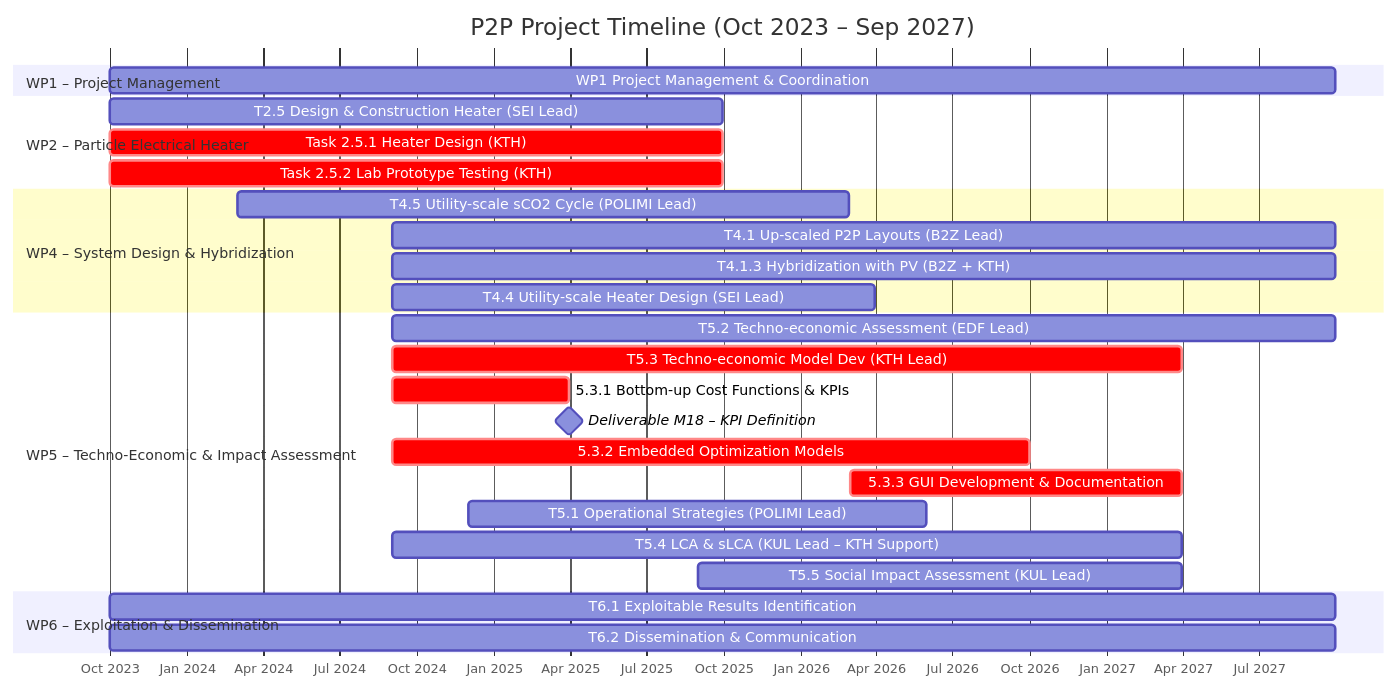
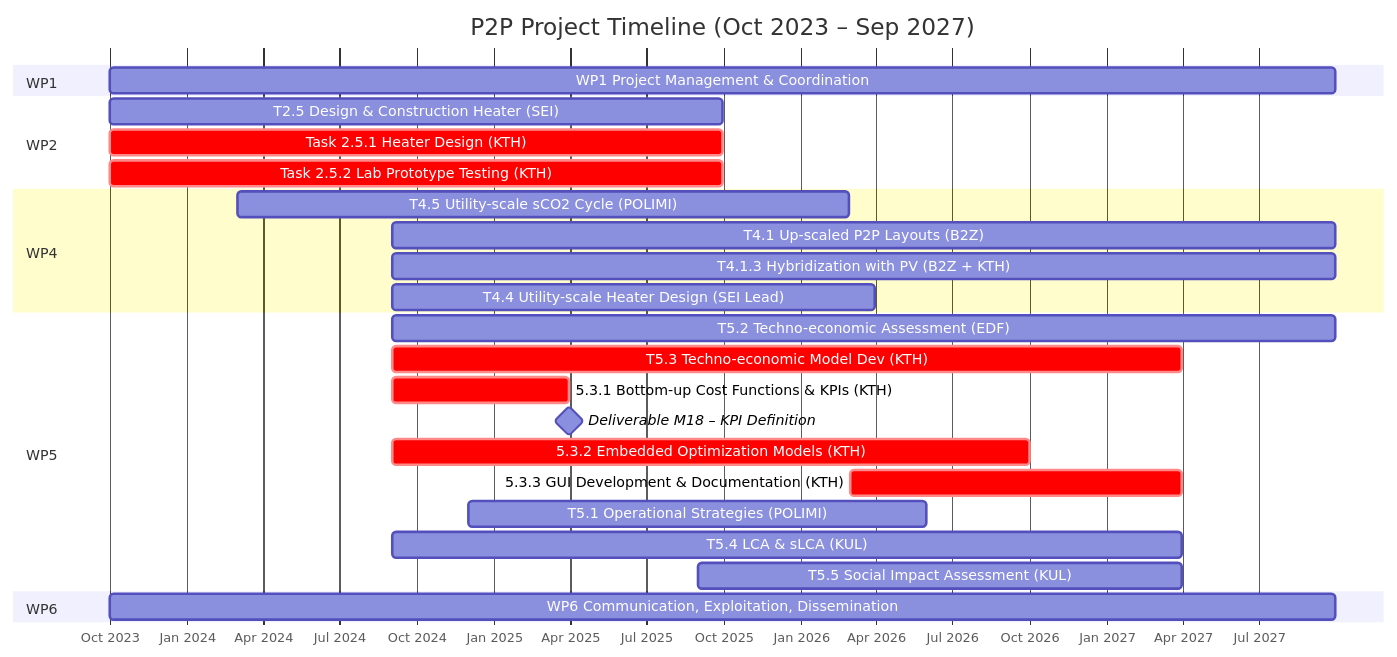
One commit to sarabjorkegren/Diverse changed the diagram in README.md. Above: the diagram before and after it, drawn with Mermaid. The commit also changed other lines of this file, not shown here.

Commit message:
Refactor sections and task names in README

````diff
--- a/README.md
+++ b/README.md
@@ -2,40 +2,40 @@
 ```mermaid
 gantt
     title P2P Project Timeline (Oct 2023 – Sep 2027)
     dateFormat  YYYY-MM-DD
     axisFormat  %b %Y
 
     %% =========================
-    section WP1 – Project Management
+    section WP1 
     WP1 Project Management & Coordination :wp1, 2023-10-01, 2027-09-30
 
     %% =========================
-    section WP2 – Particle Electrical Heater
-    T2.5 Design & Construction Heater (SEI Lead) :wp2a, 2023-10-01, 2025-09-30
+    section WP2 
+    T2.5 Design & Construction Heater (SEI) :wp2a, 2023-10-01, 2025-09-30
     Task 2.5.1 Heater Design (KTH) :crit, wp2b, 2023-10-01, 2025-09-30
     Task 2.5.2 Lab Prototype Testing (KTH) :crit, wp2c, 2023-10-01, 2025-09-30
 
     %% =========================
-    section WP4 – System Design & Hybridization
-    T4.5 Utility-scale sCO2 Cycle (POLIMI Lead) :wp4a, 2024-03-01, 2026-02-28
-    T4.1 Up-scaled P2P Layouts (B2Z Lead) :wp4b, 2024-09-01, 2027-09-30
+    section WP4 
+    T4.5 Utility-scale sCO2 Cycle (POLIMI) :wp4a, 2024-03-01, 2026-02-28
+    T4.1 Up-scaled P2P Layouts (B2Z) :wp4b, 2024-09-01, 2027-09-30
     T4.1.3 Hybridization with PV (B2Z + KTH) :wp4c, 2024-09-01, 2027-09-30
     T4.4 Utility-scale Heater Design (SEI Lead) :wp4d, 2024-09-01, 2026-03-31
 
     %% =========================
-    section WP5 – Techno-Economic & Impact Assessment
-    T5.2 Techno-economic Assessment (EDF Lead) :wp5a, 2024-09-01, 2027-09-30
-    T5.3 Techno-economic Model Dev (KTH Lead) :crit, wp5b, 2024-09-01, 2027-03-31
-    5.3.1 Bottom-up Cost Functions & KPIs :crit, wp5c, 2024-09-01, 2025-03-31
+    section WP5 
+    T5.2 Techno-economic Assessment (EDF) :wp5a, 2024-09-01, 2027-09-30
+    T5.3 Techno-economic Model Dev (KTH) :crit, wp5b, 2024-09-01, 2027-03-31
+    5.3.1 Bottom-up Cost Functions & KPIs (KTH) :crit, wp5c, 2024-09-01, 2025-03-31
     Deliverable M18 – KPI Definition :milestone, m18, 2025-03-31, 0d
-    5.3.2 Embedded Optimization Models :crit, wp5d, 2024-09-01, 2026-09-30
-    5.3.3 GUI Development & Documentation :crit, wp5e, 2026-03-01, 2027-03-31
-    T5.1 Operational Strategies (POLIMI Lead) :wp5f, 2024-12-01, 2026-05-31
-    T5.4 LCA & sLCA (KUL Lead – KTH Support) :wp5g, 2024-09-01, 2027-03-31
-    T5.5 Social Impact Assessment (KUL Lead) :wp5h, 2025-09-01, 2027-03-31
+    5.3.2 Embedded Optimization Models (KTH) :crit, wp5d, 2024-09-01, 2026-09-30
+    5.3.3 GUI Development & Documentation (KTH) :crit, wp5e, 2026-03-01, 2027-03-31
+    T5.1 Operational Strategies (POLIMI) :wp5f, 2024-12-01, 2026-05-31
+    T5.4 LCA & sLCA (KUL) :wp5g, 2024-09-01, 2027-03-31
+    T5.5 Social Impact Assessment (KUL) :wp5h, 2025-09-01, 2027-03-31
 
     %% =========================
-    section WP6 – Exploitation & Dissemination
-    T6.1 Exploitable Results Identification :wp6a, 2023-10-01, 2027-09-30
-    T6.2 Dissemination & Communication :wp6b, 2023-10-01, 2027-09-30
+    section WP6 
+    WP6 Communication, Exploitation, Dissemination:wp6a, 2023-10-01, 2027-09-30
+ 
 ```
````
